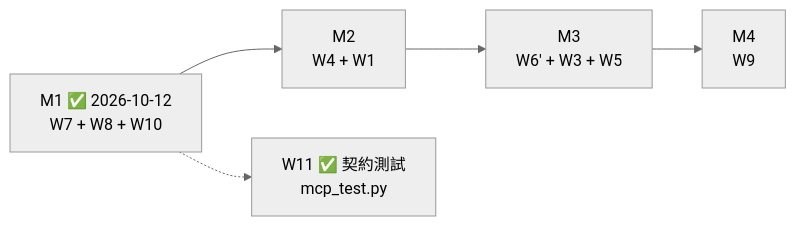
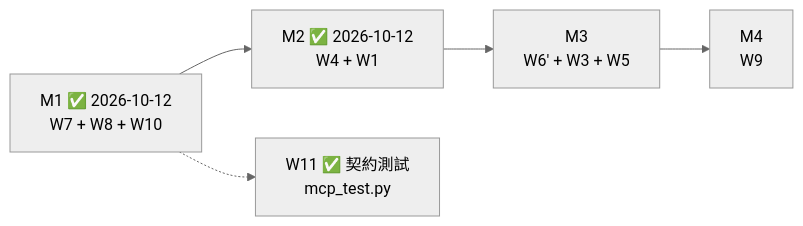
Before and after one commit to wctang/logv: the second of 2 diagrams in TODO.md, drawn with Mermaid (neutral theme). The commit also changed other lines of this file and 2 other files, not shown here.

````diff
--- a/TODO.md
+++ b/TODO.md
@@ -190,7 +191,7 @@
 ```mermaid
 flowchart LR
-  M1["M1 ✅ 2026-10-12<br/>W7 + W8 + W10"] --> M2["M2<br/>W4 + W1"]
+  M1["M1 ✅ 2026-10-12<br/>W7 + W8 + W10"] --> M2["M2 ✅ 2026-10-12<br/>W4 + W1"]
   M2 --> M3["M3<br/>W6' + W3 + W5"]
   M3 --> M4["M4<br/>W9"]
   M1 -.-> W11["W11 ✅ 契約測試<br/>mcp_test.py"]
 ```
````
